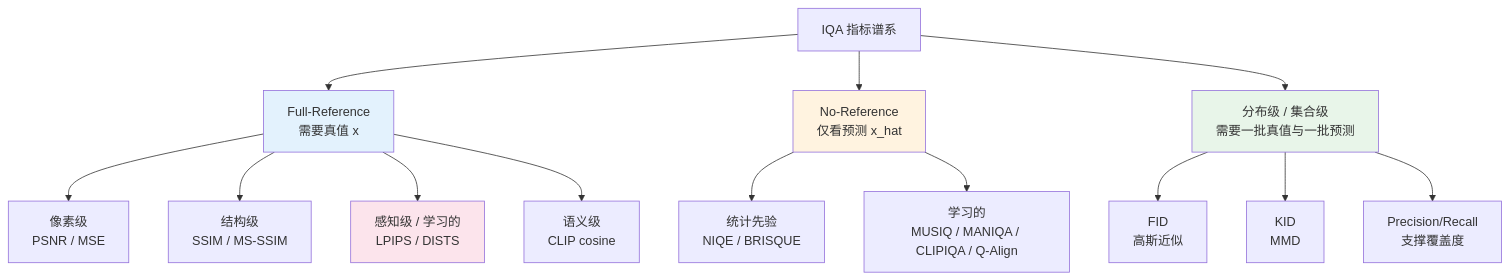
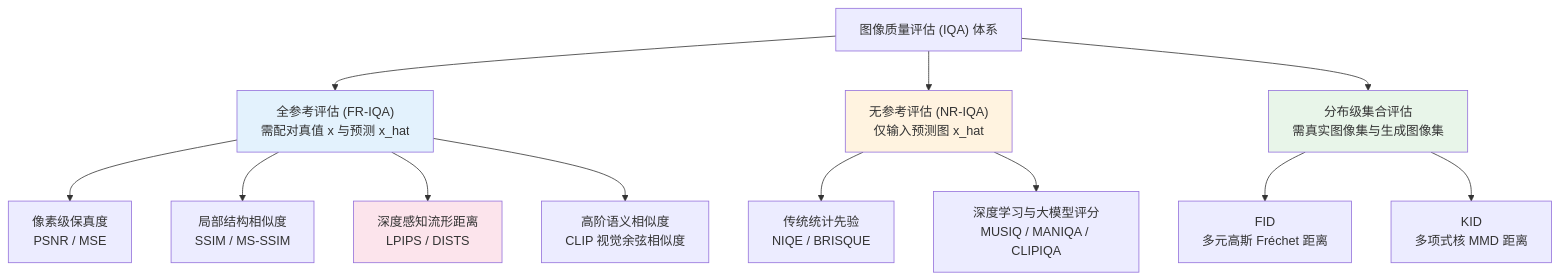
The first of 3 diagrams in chapters/04-metrics.md (yingwang/image-enhancement-guide), drawn with Mermaid before and after one commit. The commit also changed other lines of this file and 18 other files, not shown here.

````diff
--- a/chapters/04-metrics.md
+++ b/chapters/04-metrics.md
@@ -46,23 +42,22 @@
 ```mermaid
 graph TD
-    Root[IQA 指标谱系] --> FR[Full-Reference<br/>需要真值 x]
-    Root --> NR[No-Reference<br/>仅看预测 x_hat]
-    Root --> DIST[分布级 / 集合级<br/>需要一批真值与一批预测]
+    Root["图像质量评估 (IQA) 体系"] --> FR["全参考评估 (FR-IQA)<br/>需配对真值 x 与预测 x_hat"]
+    Root --> NR["无参考评估 (NR-IQA)<br/>仅输入预测图 x_hat"]
+    Root --> DIST["分布级集合评估<br/>需真实图像集与生成图像集"]
 
-    FR --> Pixel[像素级<br/>PSNR / MSE]
-    FR --> Struct[结构级<br/>SSIM / MS-SSIM]
-    FR --> Percep[感知级 / 学习的<br/>LPIPS / DISTS]
-    FR --> SemSim[语义级<br/>CLIP cosine]
+    FR --> Pixel["像素级保真度<br/>PSNR / MSE"]
+    FR --> Struct["局部结构相似度<br/>SSIM / MS-SSIM"]
+    FR --> Percep["深度感知流形距离<br/>LPIPS / DISTS"]
+    FR --> SemSim["高阶语义相似度<br/>CLIP 视觉余弦相似度"]
 
-    NR --> NIQEB[统计先验<br/>NIQE / BRISQUE]
-    NR --> Learned[学习的<br/>MUSIQ / MANIQA / CLIPIQA / Q-Align]
+    NR --> NIQEB["传统统计先验<br/>NIQE / BRISQUE"]
+    NR --> Learned["深度学习与大模型评分<br/>MUSIQ / MANIQA / CLIPIQA"]
 
-    DIST --> FIDB[FID<br/>高斯近似]
-    DIST --> KIDB[KID<br/>MMD]
-    DIST --> Prec[Precision/Recall<br/>支撑覆盖度]
+    DIST --> FIDB["FID<br/>多元高斯 Fréchet 距离"]
+    DIST --> KIDB["KID<br/>多项式核 MMD 距离"]
 
     style FR fill:#e3f2fd
     style NR fill:#fff3e0
     style DIST fill:#e8f5e9
     style Percep fill:#fce4ec
 ```
````
